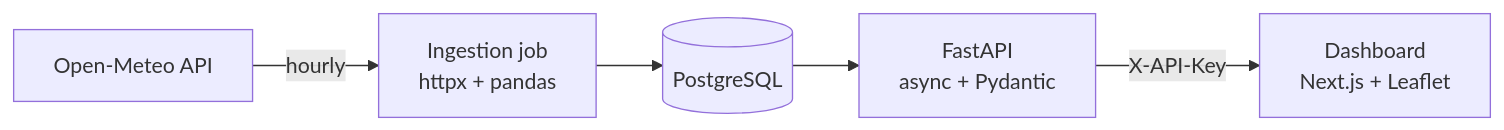
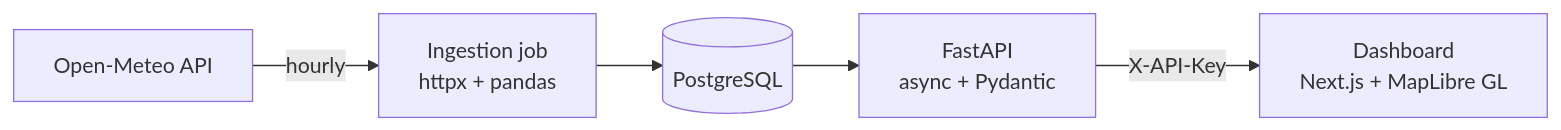
The diagram in README.md (Nelsonnxx4/heatwatch-tracker), drawn with Mermaid before and after one commit. The commit also changed other lines of this file and 17 other files, not shown here.

````diff
--- a/README.md
+++ b/README.md
@@ -7,7 +7,7 @@
 ```mermaid
 flowchart LR
   OM[Open-Meteo API] -->|hourly| ING[Ingestion job<br/>httpx + pandas]
   ING --> DB[(PostgreSQL)]
   DB --> API[FastAPI<br/>async + Pydantic]
-  API -->|X-API-Key| DASH[Dashboard<br/>Next.js + Leaflet]
+  API -->|X-API-Key| DASH[Dashboard<br/>Next.js + MapLibre GL]
 ```
````
